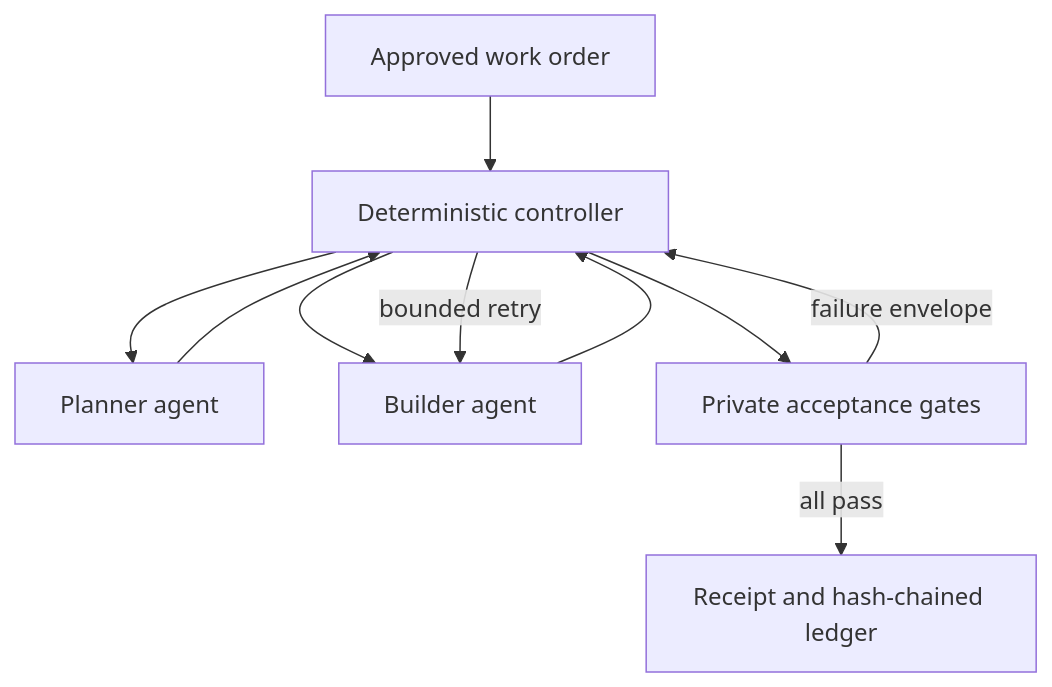
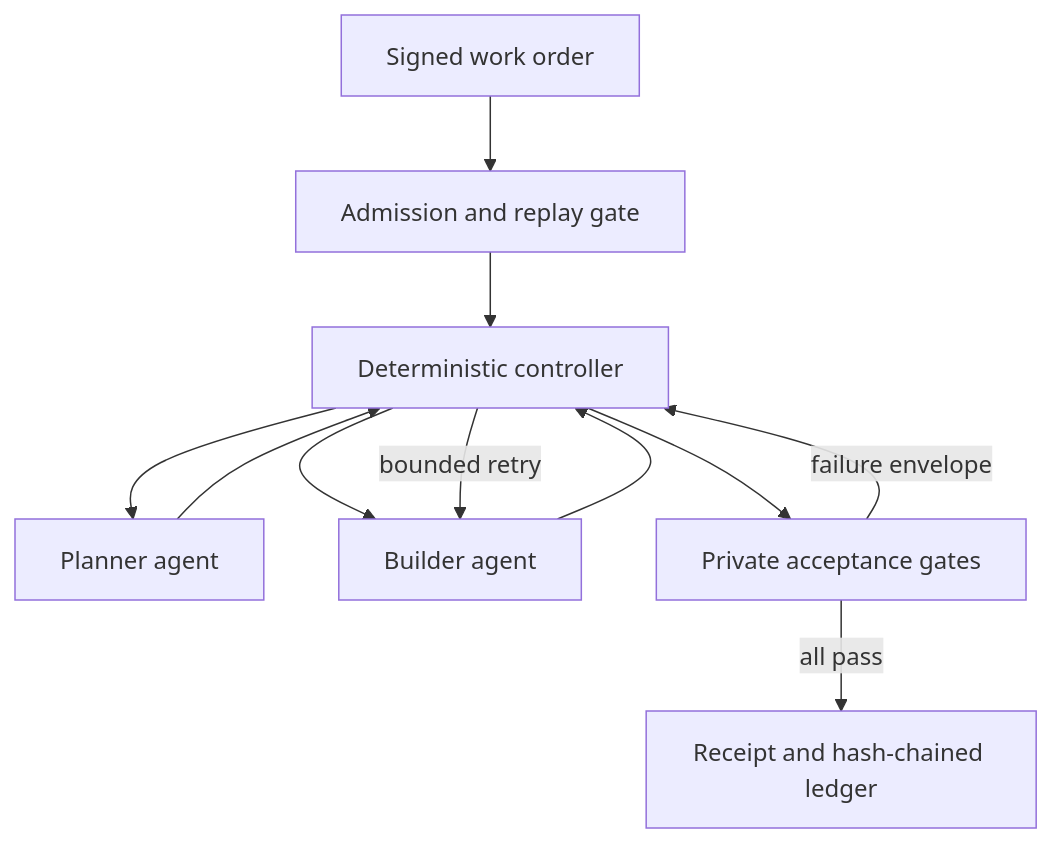
The diagram in factory/README.md (howardweale/lightyear-carddemo-modernization), drawn with Mermaid before and after one commit. The commit also changed other lines of this file and 63 other files, not shown here.

````diff
--- a/factory/README.md
+++ b/factory/README.md
@@ -9,12 +25,13 @@
 ```mermaid
 flowchart TD
-    W["Approved work order"] --> C["Deterministic controller"]
+    W["Signed work order"] --> A["Admission and replay gate"]
+    A --> C["Deterministic controller"]
     C --> P["Planner agent"]
     P --> C
     C --> B["Builder agent"]
     B --> C
     C --> G["Private acceptance gates"]
     G -->|"failure envelope"| C
     C -->|"bounded retry"| B
     G -->|"all pass"| R["Receipt and hash-chained ledger"]
 ```
````
